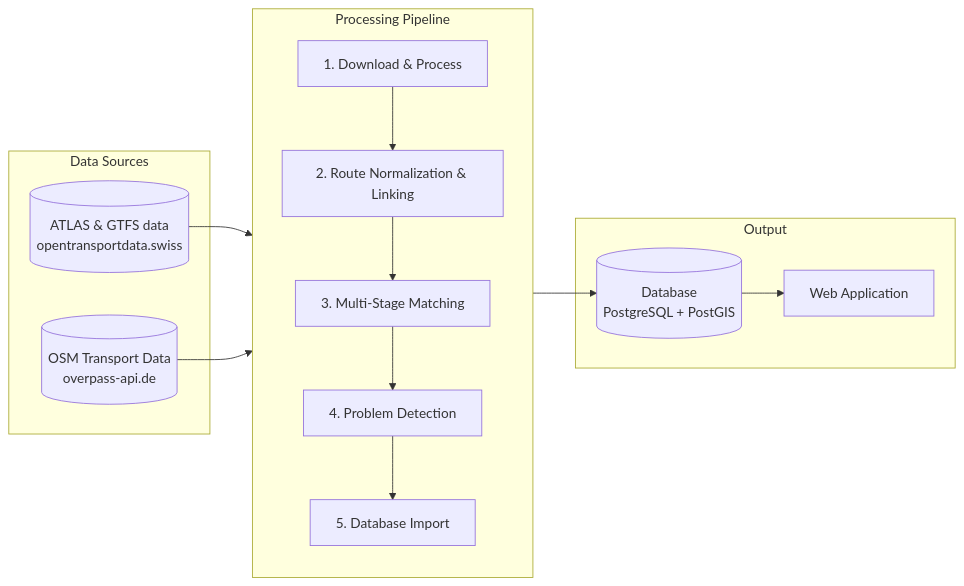
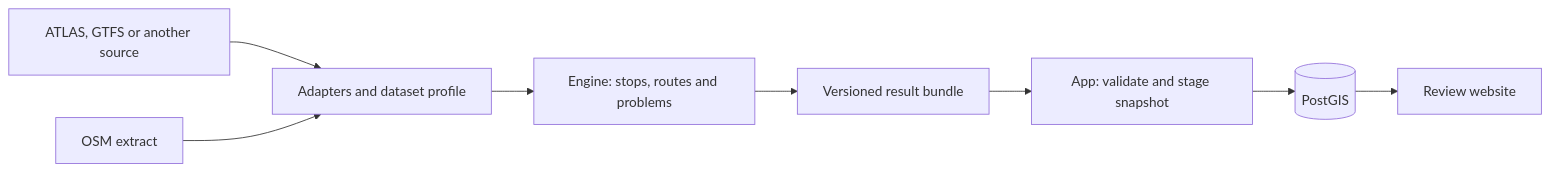
Before and after one commit to openTdataCH/stop_sync_osm_atlas: the second of 2 diagrams in documentation/0. Intro.md, drawn with Mermaid. The commit also changed other lines of this file and 261 other files, not shown here.

Commit message:
big refactor separation matching engine / webapp

````diff
--- a/documentation/0. Intro.md
+++ b/documentation/0. Intro.md
@@ -58,27 +59,10 @@
 ```mermaid
 flowchart LR
-    subgraph Sources["Data Sources"]
-        A[("ATLAS & GTFS data<br/>opentransportdata.swiss")]
-        O[("OSM Transport Data<br/>overpass-api.de")]
-    end
-
-    subgraph Pipeline["Processing Pipeline"]
-        direction TB
-        D["1. Download & Process"]
-        R["2. Route Normalization & Linking"]
-        M["3. Multi-Stage Matching"]
-        P["4. Problem Detection"]
-        I["5. Database Import"]
-        D --> R --> M --> P --> I
-    end
-
-    subgraph Output["Output"]
-        DB[("Database<br/>PostgreSQL + PostGIS")]
-        W["Web Application"]
-        DB --> W
-    end
-
-    A --> D
-    O --> D
-    I --> DB
+    A["ATLAS, GTFS or another source"] --> B["Adapters and dataset profile"]
+    O["OSM extract"] --> B
+    B --> E["Engine: stops, routes and problems"]
+    E --> R["Versioned result bundle"]
+    R --> I["App: validate and stage snapshot"]
+    I --> D[("PostGIS")]
+    D --> W["Review website"]
 ```
````
